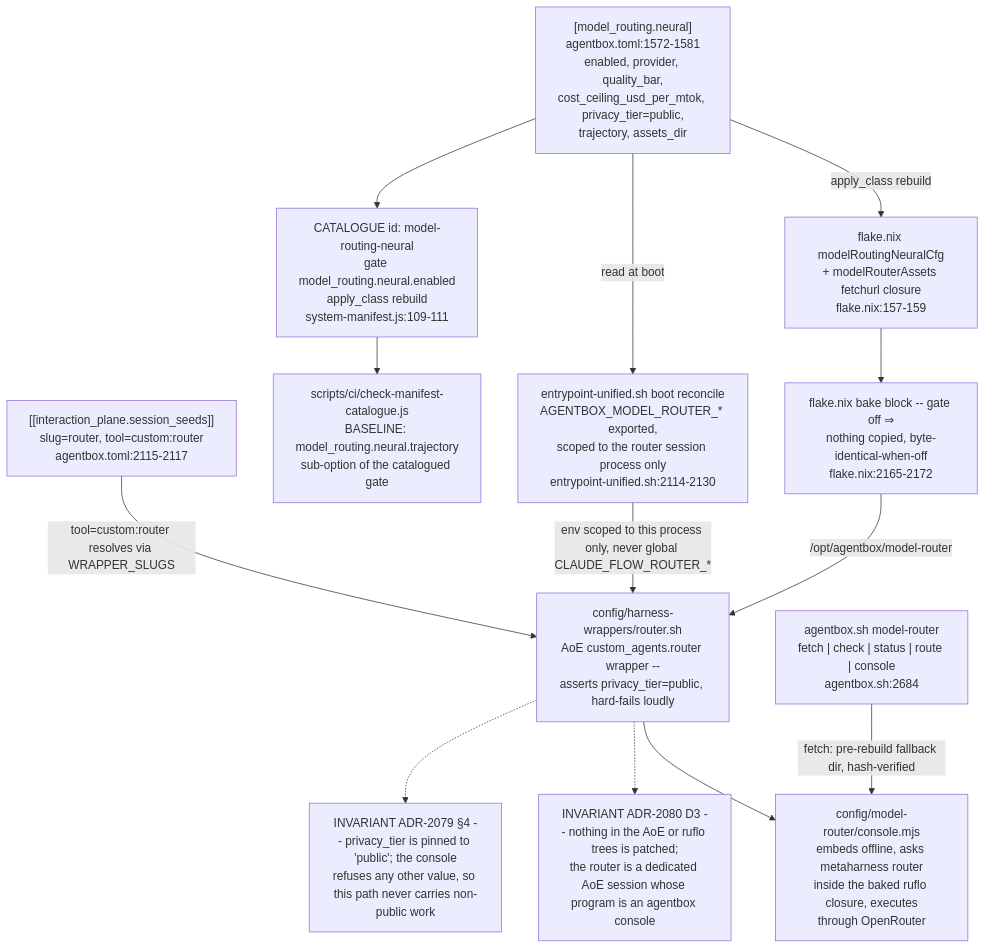
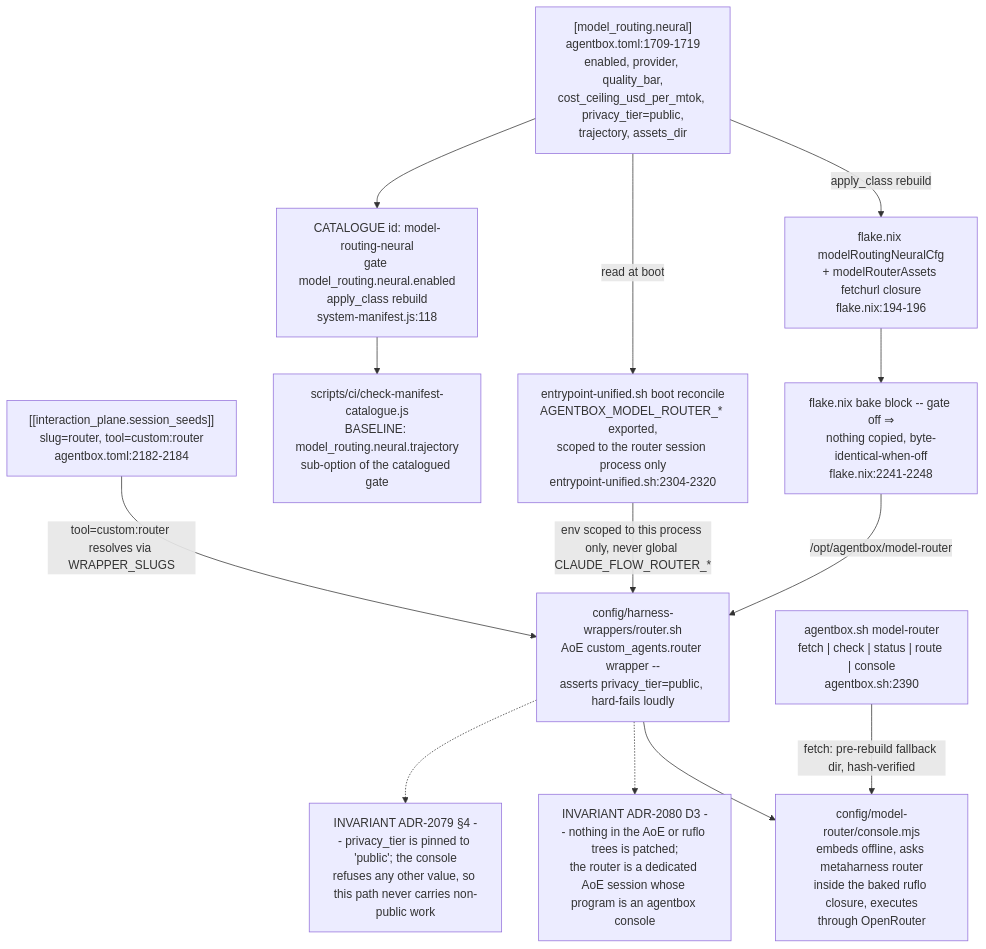
One commit to DreamLab-AI/VisionFlow changed diagram 14 of 15 in docs/diagrams/agentbox/15-capability-gating-spend-consultants.md. Above: the diagram before and after it, drawn with Mermaid. The commit also changed other lines of this file and 160 other files, not shown here.

````diff
--- a/docs/diagrams/agentbox/15-capability-gating-spend-consultants.md
+++ b/docs/diagrams/agentbox/15-capability-gating-spend-consultants.md
@@ -713,29 +715,29 @@
 ```mermaid
 flowchart TD
-    T["[model_routing.neural]<br/>agentbox.toml:1572-1581<br/>enabled, provider, quality_bar,<br/>cost_ceiling_usd_per_mtok, privacy_tier=public,<br/>trajectory, assets_dir"]
-    SEED["[[interaction_plane.session_seeds]]<br/>slug=router, tool=custom:router<br/>agentbox.toml:2115-2117"]
-    CAT["CATALOGUE id: model-routing-neural<br/>gate model_routing.neural.enabled<br/>apply_class rebuild<br/>system-manifest.js:109-111"]
-    NIX["flake.nix modelRoutingNeuralCfg<br/>+ modelRouterAssets fetchurl closure<br/>flake.nix:157-159"]
-    BAKE["flake.nix bake block -- gate off ⇒<br/>nothing copied, byte-identical-when-off<br/>flake.nix:2165-2172"]
-    ENTRY["entrypoint-unified.sh boot reconcile<br/>AGENTBOX_MODEL_ROUTER_* exported,<br/>scoped to the router session process only<br/>entrypoint-unified.sh:2114-2130"]
+    T["[model_routing.neural]<br/>agentbox.toml:1709-1719<br/>enabled, provider, quality_bar,<br/>cost_ceiling_usd_per_mtok, privacy_tier=public,<br/>trajectory, assets_dir"]
+    SEED["[[interaction_plane.session_seeds]]<br/>slug=router, tool=custom:router<br/>agentbox.toml:2182-2184"]
+    CAT["CATALOGUE id: model-routing-neural<br/>gate model_routing.neural.enabled<br/>apply_class rebuild<br/>system-manifest.js:118"]
+    NIX["flake.nix modelRoutingNeuralCfg<br/>+ modelRouterAssets fetchurl closure<br/>flake.nix:194-196"]
+    BAKE["flake.nix bake block -- gate off ⇒<br/>nothing copied, byte-identical-when-off<br/>flake.nix:2241-2248"]
+    ENTRY["entrypoint-unified.sh boot reconcile<br/>AGENTBOX_MODEL_ROUTER_* exported,<br/>scoped to the router session process only<br/>entrypoint-unified.sh:2304-2320"]
     WRAP["config/harness-wrappers/router.sh<br/>AoE custom_agents.router wrapper --<br/>asserts privacy_tier=public, hard-fails loudly"]
     CONSOLE["config/model-router/console.mjs<br/>embeds offline, asks metaharness router<br/>inside the baked ruflo closure, executes<br/>through OpenRouter"]
-    CLI["agentbox.sh model-router<br/>fetch #124; check #124; status #124; route #124; console<br/>agentbox.sh:2684"]
+    CLI["agentbox.sh model-router<br/>fetch #124; check #124; status #124; route #124; console<br/>agentbox.sh:2390"]
     CATCHECK["scripts/ci/check-manifest-catalogue.js<br/>BASELINE: model_routing.neural.trajectory<br/>sub-option of the catalogued gate"]
 
     T -->|"apply_class rebuild"| NIX
     NIX --> BAKE
     BAKE -->|"/opt/agentbox/model-router"| WRAP
     T -->|"read at boot"| ENTRY
     ENTRY -->|"env scoped to this process only, never global CLAUDE_FLOW_ROUTER_*"| WRAP
     SEED -->|"tool=custom:router resolves via WRAPPER_SLUGS"| WRAP
     WRAP --> CONSOLE
     CLI -->|"fetch: pre-rebuild fallback dir, hash-verified"| CONSOLE
     T --> CAT
     CAT --> CATCHECK
 
     NOTE1["INVARIANT ADR-2080 D3 -- nothing in the AoE or ruflo trees is patched;<br/>the router is a dedicated AoE session whose program is an agentbox console"]
     NOTE2["INVARIANT ADR-2079 §4 -- privacy_tier is pinned to 'public'; the console<br/>refuses any other value, so this path never carries non-public work"]
     WRAP -.-> NOTE1
     WRAP -.-> NOTE2
 ```
````
